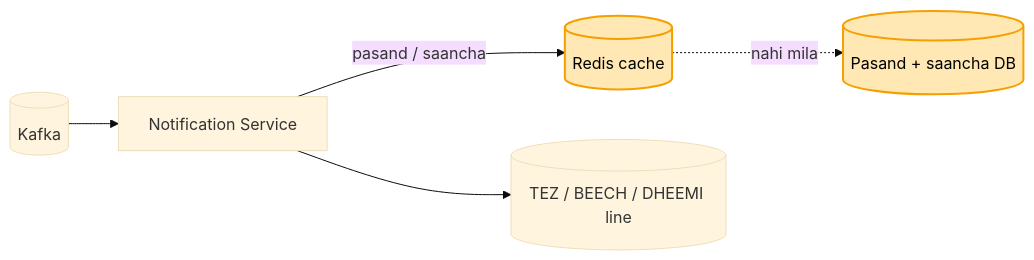
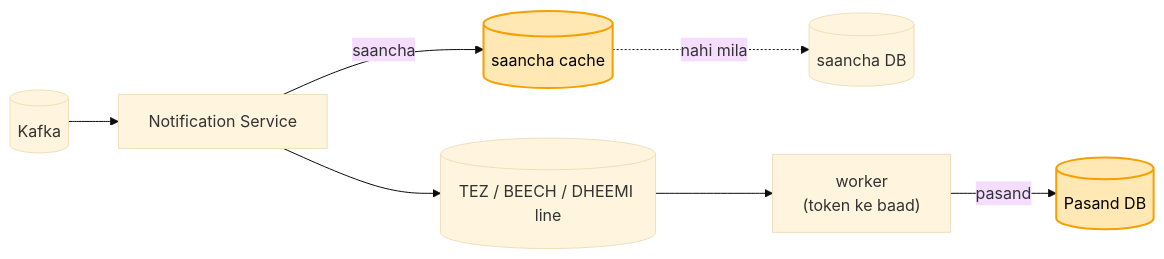
One commit to ArpanMaheshwari144/Prep changed diagram 11 of 11 in 04_HLD/SYSTEM_DESIGNS/04_notification_system/04_notification_system.md. Above: the diagram before and after it, drawn with Mermaid (base theme). The commit also changed other lines of this file and 19 other files, not shown here.

````diff
--- a/04_HLD/SYSTEM_DESIGNS/04_notification_system/04_notification_system.md
+++ b/04_HLD/SYSTEM_DESIGNS/04_notification_system/04_notification_system.md
@@ -521,9 +541,11 @@
 ```mermaid
 flowchart LR
     K[("Kafka")] --> N["Notification Service"]
-    N -- "pasand / saancha" --> RC[("Redis cache")]
-    RC -. "nahi mila" .-> PD[("Pasand + saancha DB")]
+    N -- "saancha" --> RC[("saancha cache")]
+    RC -. "nahi mila" .-> SD[("saancha DB")]
     N --> L[("TEZ / BEECH / DHEEMI line")]
+    L --> W["worker<br/>(token ke baad)"]
+    W -- "pasand" --> PD[("Pasand DB")]
     style RC fill:#ffe8b3,stroke:#f59f00,stroke-width:2px,color:#000
     style PD fill:#ffe8b3,stroke:#f59f00,stroke-width:2px,color:#000
 ```
````
